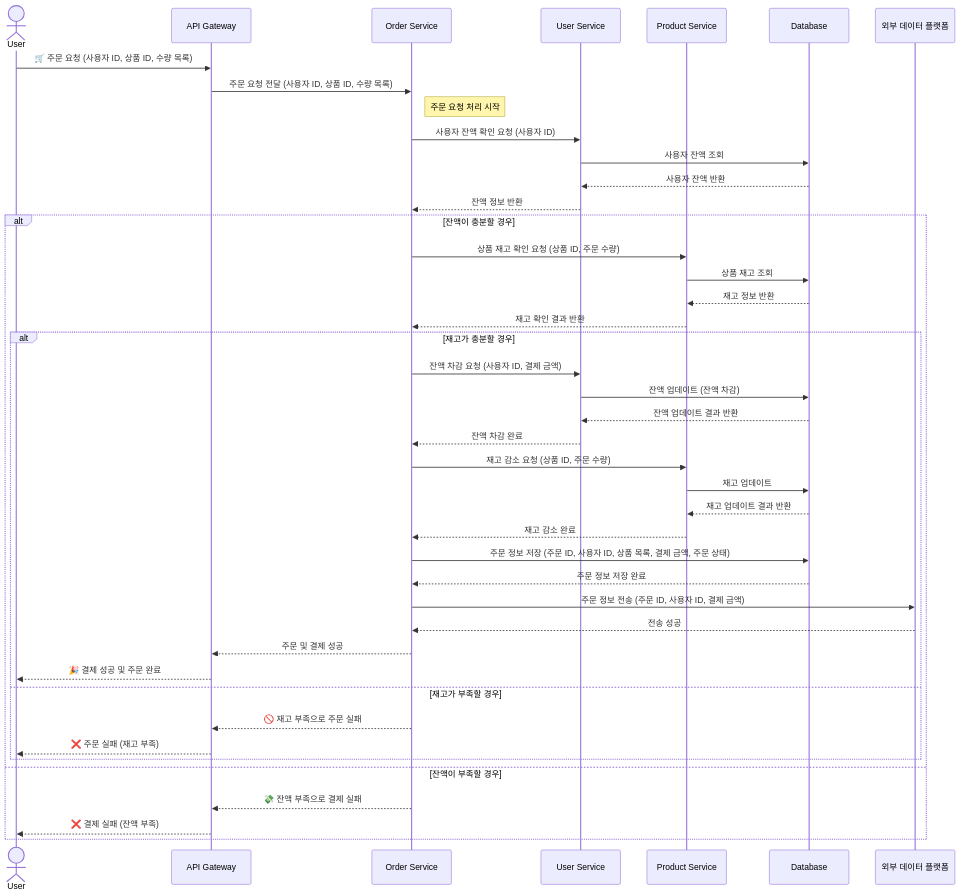
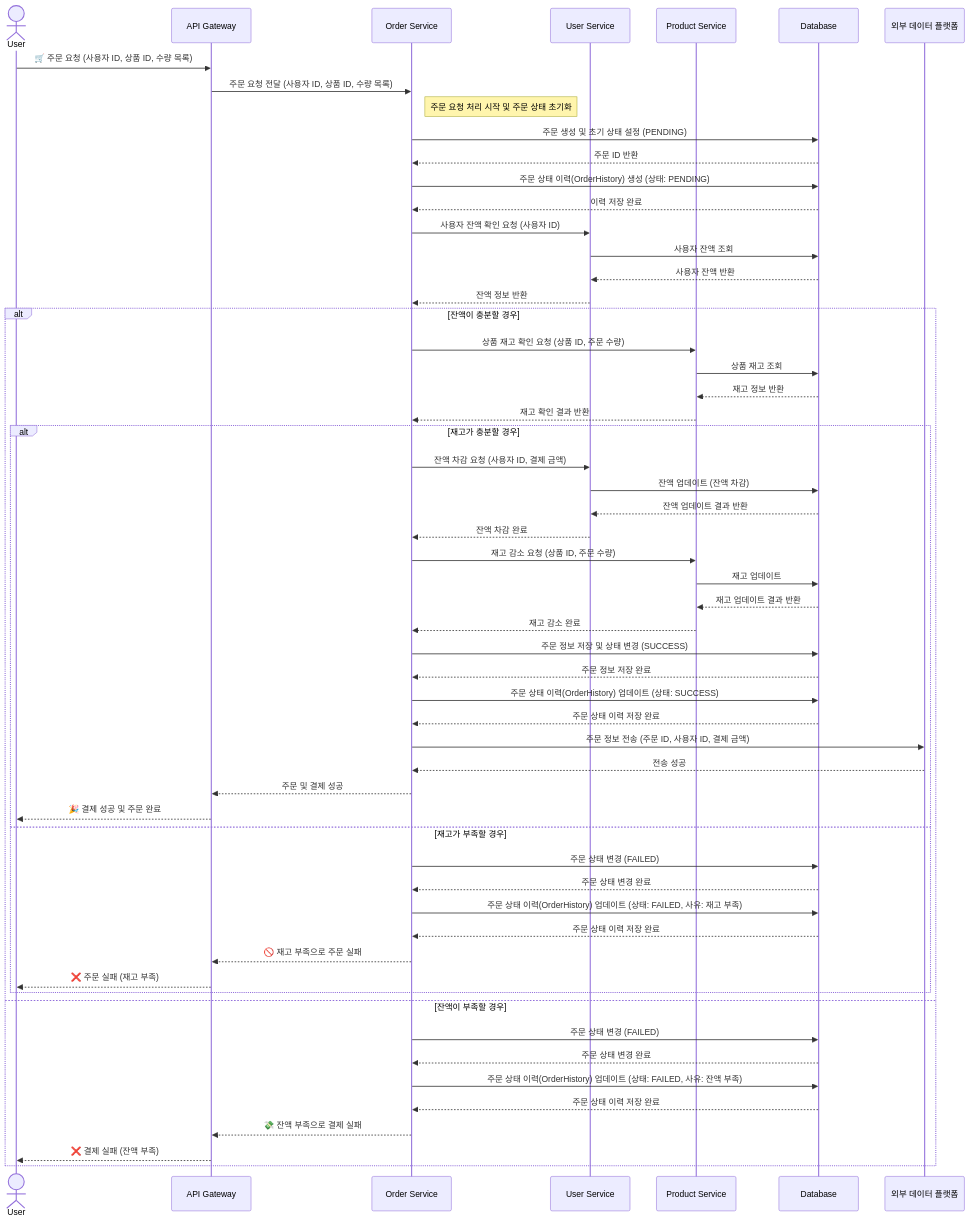
Before and after one commit to kiki-sati/hhplus-tdd-e-commerce: the third of 4 diagrams in README.md, drawn with Mermaid. The commit also changed other lines of this file, not shown here.

````diff
--- a/README.md
+++ b/README.md
@@ -160,54 +161,62 @@
 ```mermaid
 sequenceDiagram
     actor User
     participant APIGateway as API Gateway
     participant OrderService as Order Service
     participant UserService as User Service
     participant ProductService as Product Service
     participant Database as Database
     participant DataPlatform as 외부 데이터 플랫폼
-
-    User->>APIGateway: 🛒 주문 요청 (사용자 ID, 상품 ID, 수량 목록)
-    APIGateway->>OrderService: 주문 요청 전달 (사용자 ID, 상품 ID, 수량 목록)
-
-    note right of OrderService: 주문 요청 처리 시작
-
-    OrderService->>UserService: 사용자 잔액 확인 요청 (사용자 ID)
-    UserService->>Database: 사용자 잔액 조회
-    Database-->>UserService: 사용자 잔액 반환
-    UserService-->>OrderService: 잔액 정보 반환
+    User ->> APIGateway: 🛒 주문 요청 (사용자 ID, 상품 ID, 수량 목록)
+    APIGateway ->> OrderService: 주문 요청 전달 (사용자 ID, 상품 ID, 수량 목록)
+    note right of OrderService: 주문 요청 처리 시작 및 주문 상태 초기화
+    OrderService ->> Database: 주문 생성 및 초기 상태 설정 (PENDING)
+    Database -->> OrderService: 주문 ID 반환
+    OrderService ->> Database: 주문 상태 이력(OrderHistory) 생성 (상태: PENDING)
+    Database -->> OrderService: 이력 저장 완료
+    OrderService ->> UserService: 사용자 잔액 확인 요청 (사용자 ID)
+    UserService ->> Database: 사용자 잔액 조회
+    Database -->> UserService: 사용자 잔액 반환
+    UserService -->> OrderService: 잔액 정보 반환
 
     alt 잔액이 충분할 경우
-        OrderService->>ProductService: 상품 재고 확인 요청 (상품 ID, 주문 수량)
-        ProductService->>Database: 상품 재고 조회
-        Database-->>ProductService: 재고 정보 반환
-        ProductService-->>OrderService: 재고 확인 결과 반환
+        OrderService ->> ProductService: 상품 재고 확인 요청 (상품 ID, 주문 수량)
+        ProductService ->> Database: 상품 재고 조회
+        Database -->> ProductService: 재고 정보 반환
+        ProductService -->> OrderService: 재고 확인 결과 반환
 
         alt 재고가 충분할 경우
-            OrderService->>UserService: 잔액 차감 요청 (사용자 ID, 결제 금액)
-            UserService->>Database: 잔액 업데이트 (잔액 차감)
-            Database-->>UserService: 잔액 업데이트 결과 반환
-            UserService-->>OrderService: 잔액 차감 완료
-
-            OrderService->>ProductService: 재고 감소 요청 (상품 ID, 주문 수량)
-            ProductService->>Database: 재고 업데이트
-            Database-->>ProductService: 재고 업데이트 결과 반환
-            ProductService-->>OrderService: 재고 감소 완료
-
-            OrderService->>Database: 주문 정보 저장 (주문 ID, 사용자 ID, 상품 목록, 결제 금액, 주문 상태)
-            Database-->>OrderService: 주문 정보 저장 완료
-
-            OrderService->>DataPlatform: 주문 정보 전송 (주문 ID, 사용자 ID, 결제 금액)
-            DataPlatform-->>OrderService: 전송 성공
-
-            OrderService-->>APIGateway: 주문 및 결제 성공
-            APIGateway-->>User: 🎉 결제 성공 및 주문 완료
+            OrderService ->> UserService: 잔액 차감 요청 (사용자 ID, 결제 금액)
+            UserService ->> Database: 잔액 업데이트 (잔액 차감)
+            Database -->> UserService: 잔액 업데이트 결과 반환
+            UserService -->> OrderService: 잔액 차감 완료
+            OrderService ->> ProductService: 재고 감소 요청 (상품 ID, 주문 수량)
+            ProductService ->> Database: 재고 업데이트
+            Database -->> ProductService: 재고 업데이트 결과 반환
+            ProductService -->> OrderService: 재고 감소 완료
+            OrderService ->> Database: 주문 정보 저장 및 상태 변경 (SUCCESS)
+            Database -->> OrderService: 주문 정보 저장 완료
+            OrderService ->> Database: 주문 상태 이력(OrderHistory) 업데이트 (상태: SUCCESS)
+            Database -->> OrderService: 주문 상태 이력 저장 완료
+            OrderService ->> DataPlatform: 주문 정보 전송 (주문 ID, 사용자 ID, 결제 금액)
+            DataPlatform -->> OrderService: 전송 성공
+            OrderService -->> APIGateway: 주문 및 결제 성공
+            APIGateway -->> User: 🎉 결제 성공 및 주문 완료
         else 재고가 부족할 경우
-            OrderService-->>APIGateway: 🚫 재고 부족으로 주문 실패
-            APIGateway-->>User: ❌ 주문 실패 (재고 부족)
+            OrderService ->> Database: 주문 상태 변경 (FAILED)
+            Database -->> OrderService: 주문 상태 변경 완료
+            OrderService ->> Database: 주문 상태 이력(OrderHistory) 업데이트 (상태: FAILED, 사유: 재고 부족)
+            Database -->> OrderService: 주문 상태 이력 저장 완료
+            OrderService -->> APIGateway: 🚫 재고 부족으로 주문 실패
+            APIGateway -->> User: ❌ 주문 실패 (재고 부족)
         end
     else 잔액이 부족할 경우
-        OrderService-->>APIGateway: 💸 잔액 부족으로 결제 실패
-        APIGateway-->>User: ❌ 결제 실패 (잔액 부족)
+        OrderService ->> Database: 주문 상태 변경 (FAILED)
+        Database -->> OrderService: 주문 상태 변경 완료
+        OrderService ->> Database: 주문 상태 이력(OrderHistory) 업데이트 (상태: FAILED, 사유: 잔액 부족)
+        Database -->> OrderService: 주문 상태 이력 저장 완료
+        OrderService -->> APIGateway: 💸 잔액 부족으로 결제 실패
+        APIGateway -->> User: ❌ 결제 실패 (잔액 부족)
     end
+
 ```
````
